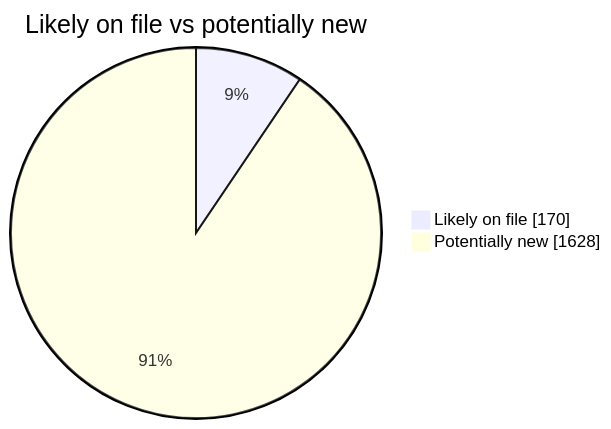
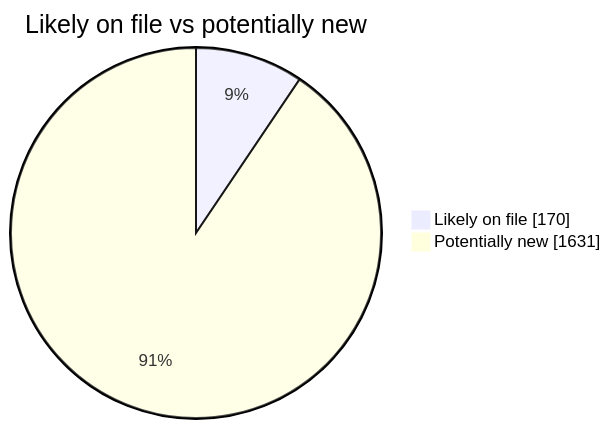
Before and after one commit to martinbalfanz/social-scanner-reports: the second of 4 diagrams in README.md, drawn with Mermaid. The commit also changed other lines of this file and 4 other files, not shown here.

````diff
--- a/README.md
+++ b/README.md
@@ -40,5 +40,5 @@
 ```mermaid
 pie showData title Likely on file vs potentially new
     "Likely on file" : 170
-    "Potentially new" : 1628
+    "Potentially new" : 1631
 ```
````
